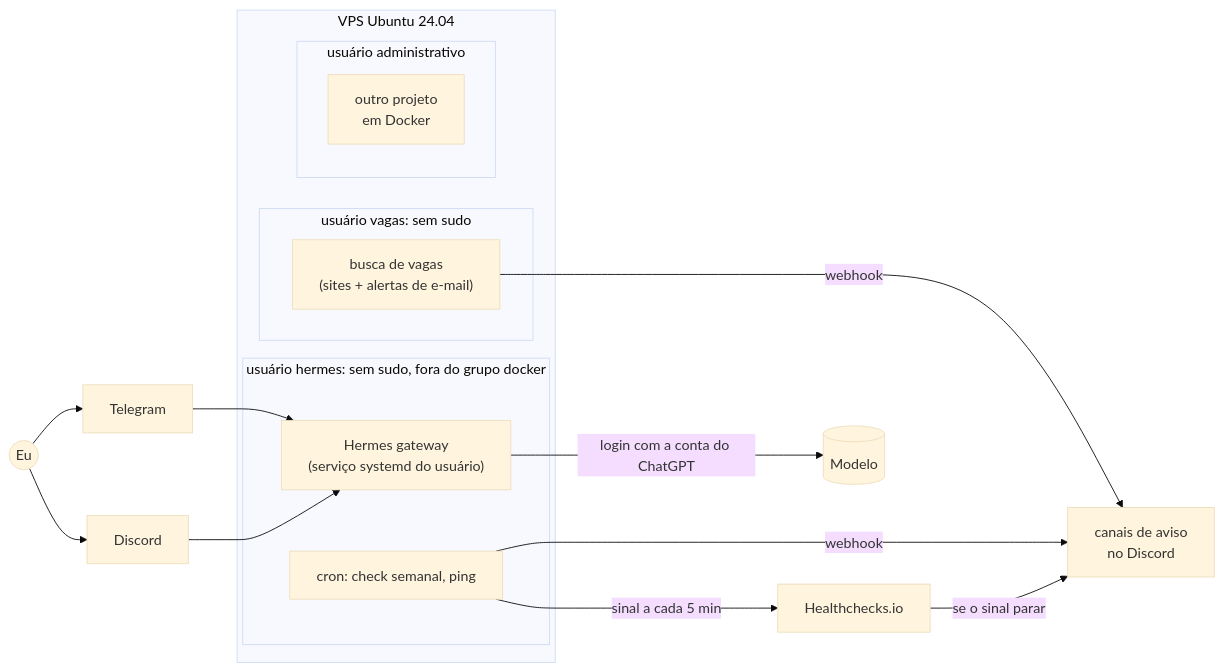
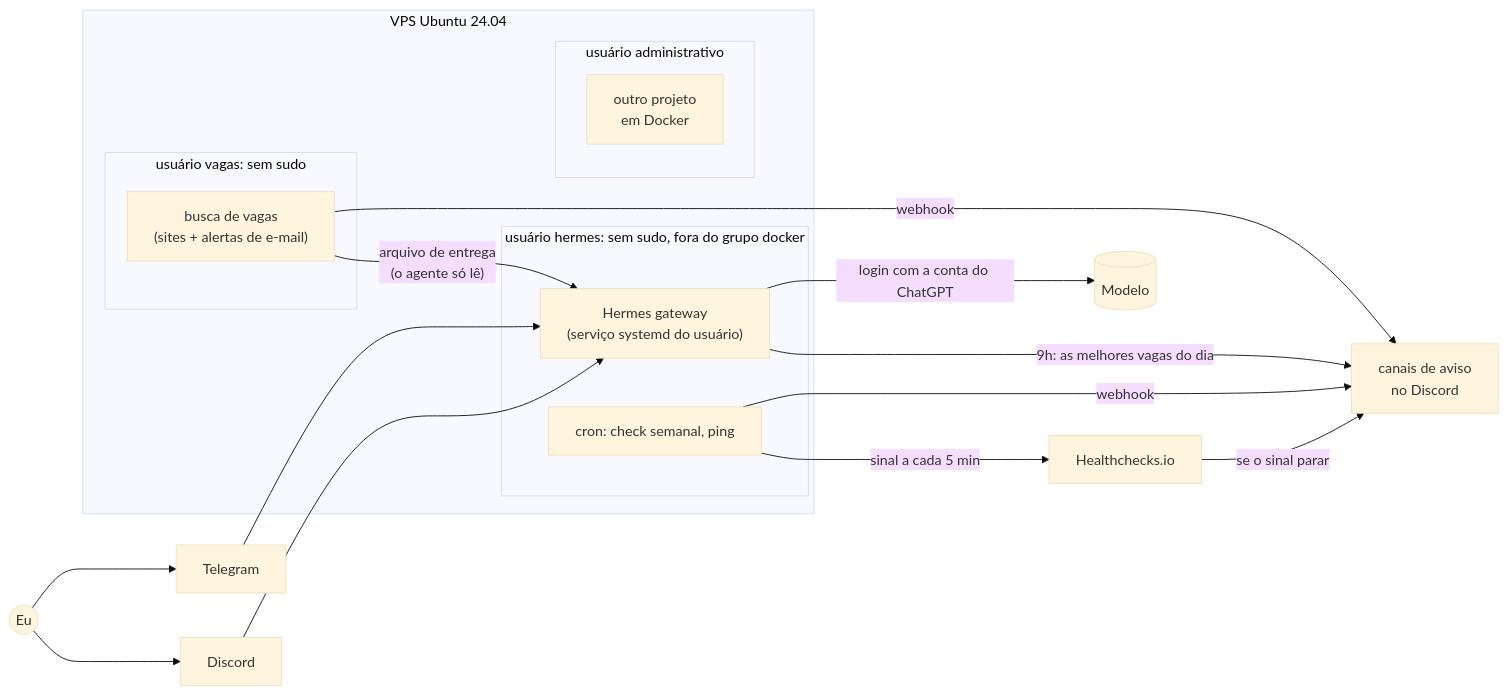
One commit to Joaoxzx/hermes-vps changed the diagram in README.md. Above: the diagram before and after it, drawn with Mermaid (base theme). The commit also changed other lines of this file, not shown here.

Commit message:
Triagem diária de vagas pelo agente, só com leitura

````diff
--- a/README.md
+++ b/README.md
@@ -9,24 +9,26 @@
 ```mermaid
 flowchart LR
     Eu((Eu)) --> TG[Telegram]
     Eu --> DC[Discord]
     subgraph VPS["VPS Ubuntu 24.04"]
         subgraph H["usuário hermes: sem sudo, fora do grupo docker"]
             GW["Hermes gateway<br/>(serviço systemd do usuário)"]
             CR["cron: check semanal, ping"]
         end
         subgraph V["usuário vagas: sem sudo"]
             BV["busca de vagas<br/>(sites + alertas de e-mail)"]
         end
         subgraph A["usuário administrativo"]
             BB["outro projeto<br/>em Docker"]
         end
     end
     TG --> GW
     DC --> GW
     GW -->|login com a conta do ChatGPT| OAI[(Modelo)]
     CR -->|webhook| AV["canais de aviso<br/>no Discord"]
     BV -->|webhook| AV
+    BV -->|"arquivo de entrega<br/>(o agente só lê)"| GW
+    GW -->|"9h: as melhores vagas do dia"| AV
     CR -->|sinal a cada 5 min| HC[Healthchecks.io]
     HC -->|se o sinal parar| AV
 ```
````
